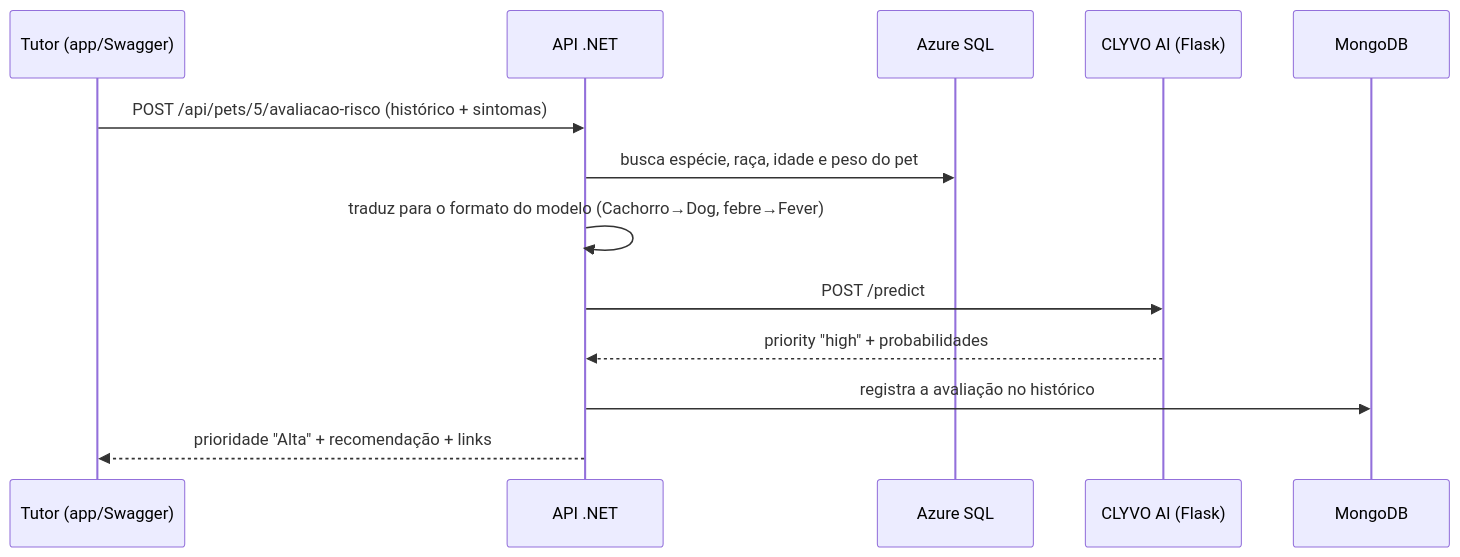
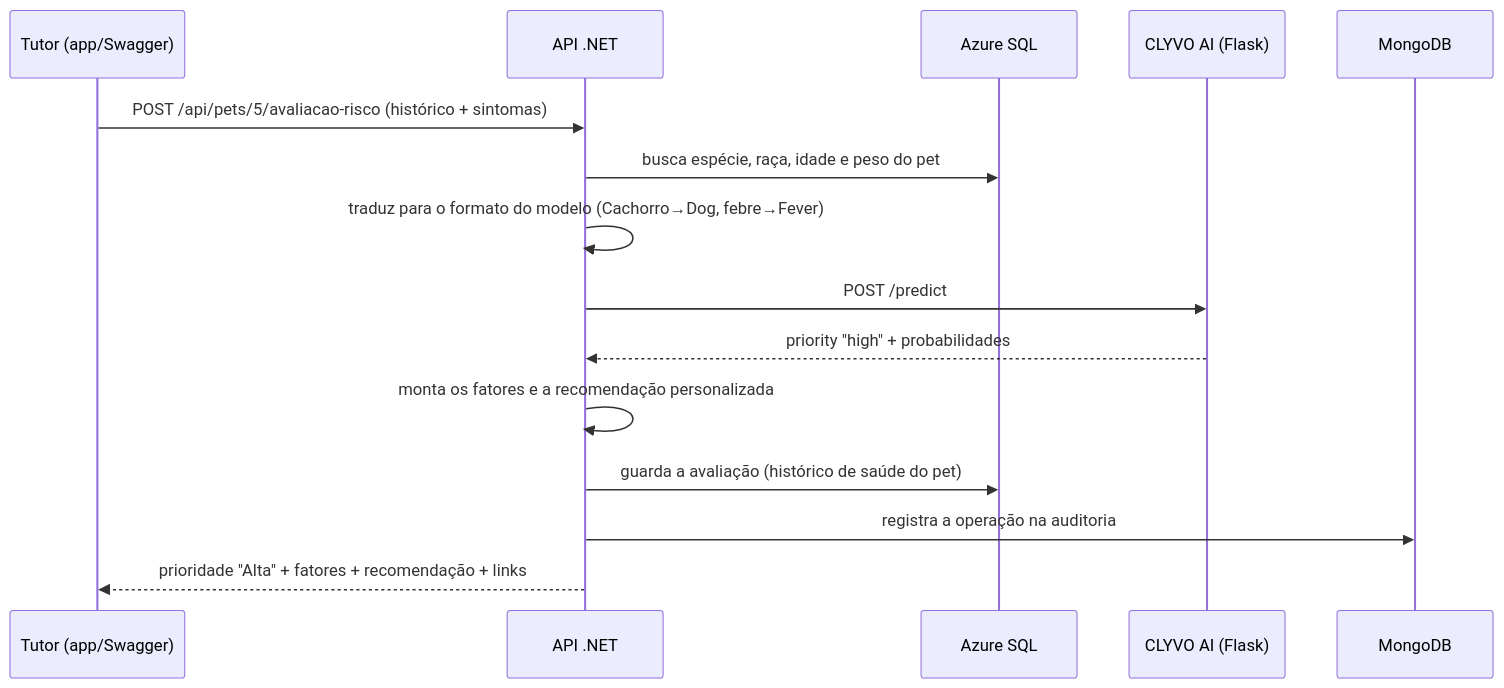
The second of 2 diagrams in README.md (brunovb002/PetCareAI-Sprint4), drawn with Mermaid before and after one commit. The commit also changed other lines of this file, not shown here.

Commit message:
docs: README com autorização, histórico e recomendação personalizada

````diff
--- a/README.md
+++ b/README.md
@@ -179,15 +184,17 @@
 ```mermaid
 sequenceDiagram
     participant T as Tutor (app/Swagger)
     participant A as API .NET
     participant S as Azure SQL
     participant C as CLYVO AI (Flask)
     participant M as MongoDB
     T->>A: POST /api/pets/5/avaliacao-risco (histórico + sintomas)
     A->>S: busca espécie, raça, idade e peso do pet
     A->>A: traduz para o formato do modelo (Cachorro→Dog, febre→Fever)
     A->>C: POST /predict
     C-->>A: priority "high" + probabilidades
-    A->>M: registra a avaliação no histórico
-    A-->>T: prioridade "Alta" + recomendação + links
+    A->>A: monta os fatores e a recomendação personalizada
+    A->>S: guarda a avaliação (histórico de saúde do pet)
+    A->>M: registra a operação na auditoria
+    A-->>T: prioridade "Alta" + fatores + recomendação + links
 ```
````
